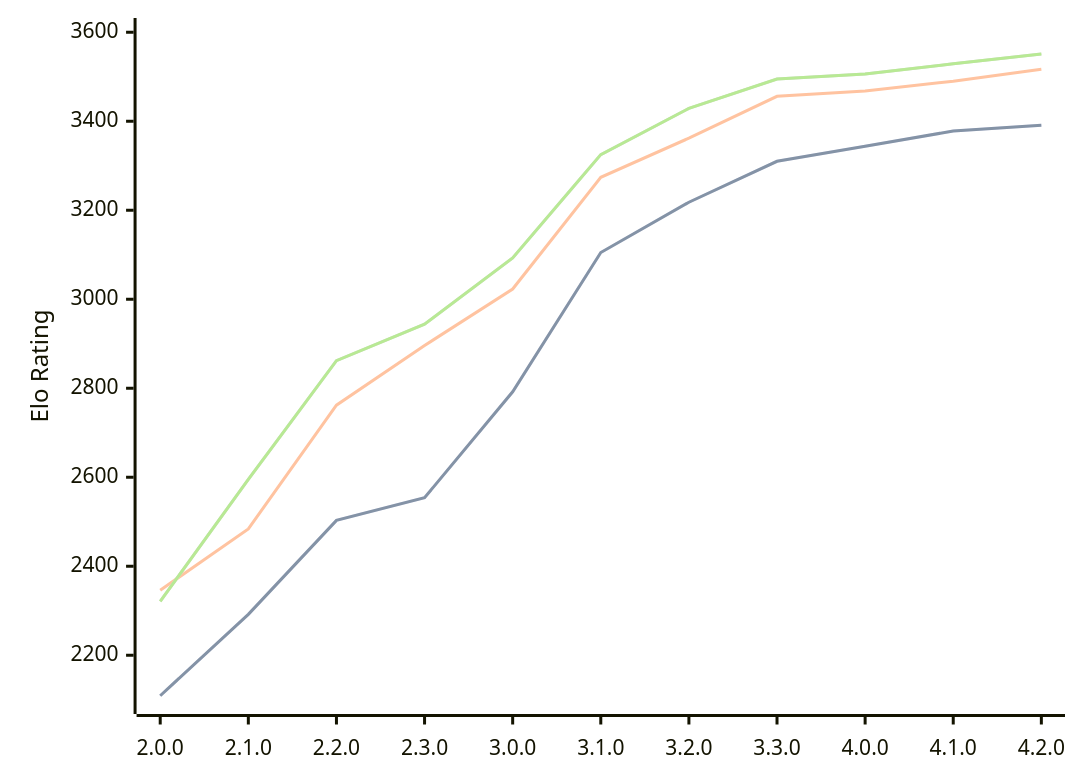
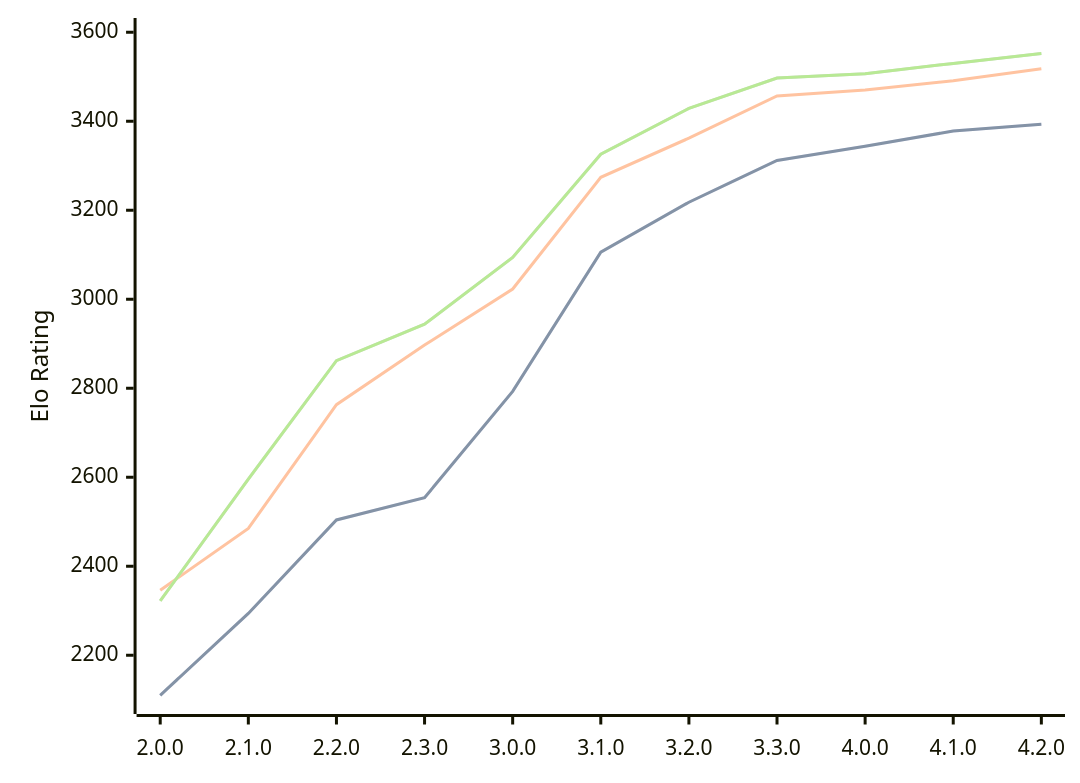
One commit to computer-chess-index/cci changed the diagram in engines/Raphael.md. Above: the diagram before and after it, drawn with Mermaid. The commit also changed other lines of this file, not shown here.

Commit message:
Update CCI Ratings (ELO VLTC) - 2026-07-24

````diff
--- a/engines/Raphael.md
+++ b/engines/Raphael.md
@@ -53,11 +53,11 @@
 ```mermaid
 %%{init: {"theme":"base","themeVariables":{"seriesColors:['#a3a3a3','#222221','#faa371']}}}%%
 xychart-beta
   x-axis ["2.0.0", "2.1.0", "2.2.0", "2.3.0", "3.0.0", "3.1.0", "3.2.0", "3.3.0", "4.0.0", "4.1.0", "4.2.0"]
   y-axis "Elo Rating" 2100 --> 3600
-  line "STC (8.0+0.08s)" [2109, 2292, 2503, 2554, 2792, 3105, 3218, 3310, 3344, 3378, 3391]
-  line "STC (8.0+0.08s)" [2109, 2292, 2503, 2554, 2792, 3105, 3218, 3310, 3344, 3378, 3391]
-  line "LTC (60.0+0.60s)" [2346, 2484, 2762, 2896, 3023, 3274, 3362, 3456, 3468, 3490, 3517]
-  line "VLTC (2m24s+1.12s)" [2321, 2595, 2862, 2944, 3093, 3325, 3429, 3495, 3506, 3529, 3551]
-  line "VLTC (2m24s+1.12s)" [2321, 2595, 2862, 2944, 3093, 3325, 3429, 3495, 3506, 3529, 3551]
+  line "STC (8.0+0.08s)" [2110, 2294, 2504, 2554, 2793, 3106, 3218, 3312, 3344, 3378, 3393]
+  line "STC (8.0+0.08s)" [2110, 2294, 2504, 2554, 2793, 3106, 3218, 3312, 3344, 3378, 3393]
+  line "LTC (60.0+0.60s)" [2346, 2485, 2763, 2897, 3023, 3274, 3362, 3457, 3470, 3491, 3518]
+  line "VLTC (2m24s+1.12s)" [2322, 2596, 2862, 2944, 3094, 3326, 3429, 3497, 3507, 3530, 3552]
+  line "VLTC (2m24s+1.12s)" [2322, 2596, 2862, 2944, 3094, 3326, 3429, 3497, 3507, 3530, 3552]
 ```
````
